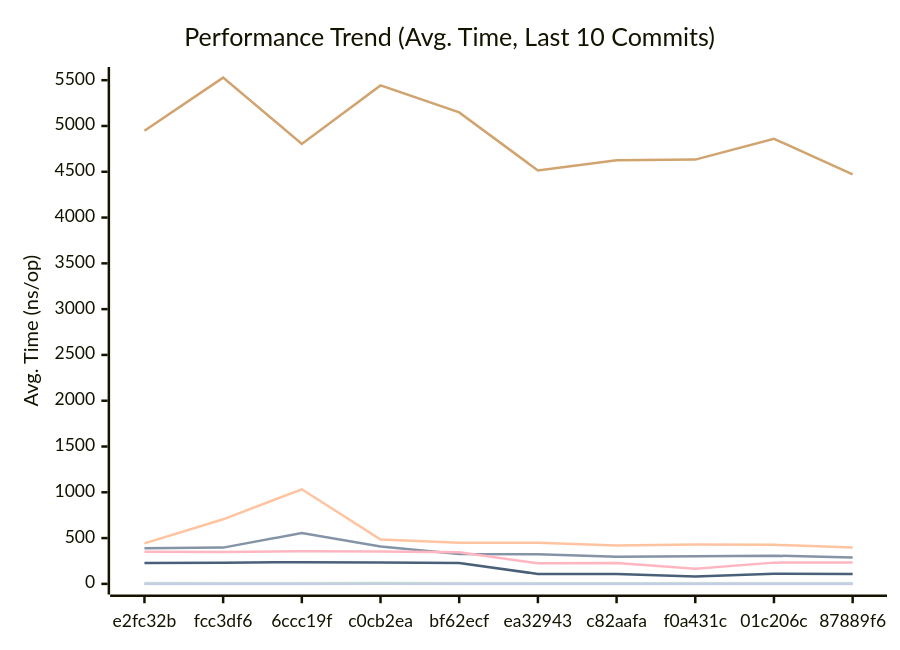
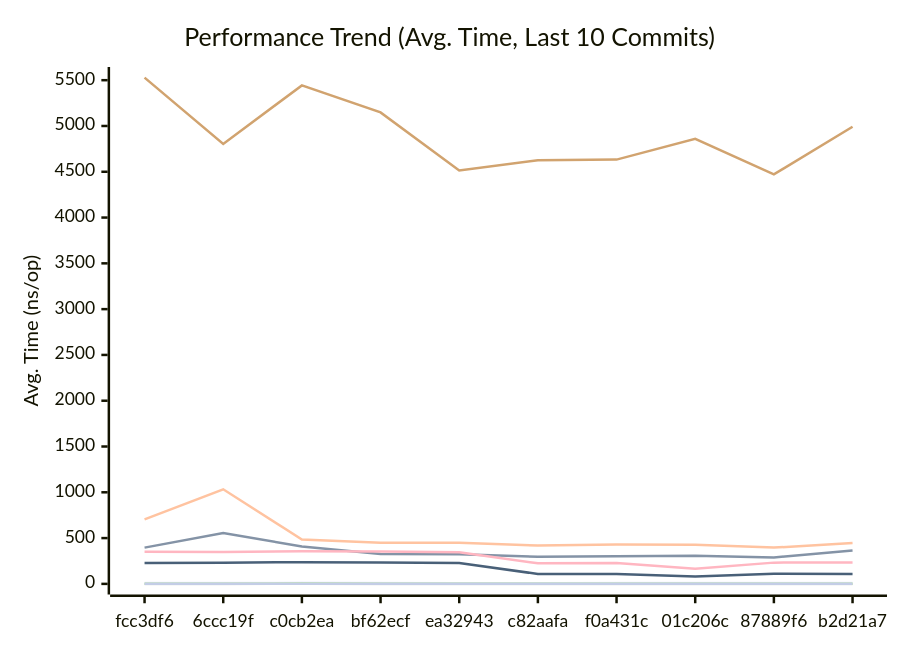
One commit to alsotoes/momo changed the first of 3 diagrams in docs/PERFORMANCE.md. Above: the diagram before and after it, drawn with Mermaid. The commit also changed other lines of this file and 2 other files, not shown here.

````diff
--- a/docs/PERFORMANCE.md
+++ b/docs/PERFORMANCE.md
@@ -80,16 +80,16 @@
 ```mermaid
 xychart-beta
     title "Performance Trend (Avg. Time, Last 10 Commits)"
     x-axis "Commit"
     y-axis "Avg. Time (ns/op)"
-    x-axis [e2fc32b,fcc3df6,6ccc19f,c0cb2ea,bf62ecf,ea32943,c82aafa,f0a431c,01c206c,87889f6]
-    line "CheckMetricsAndSwap" [13,9,9,11,10,8,8,10,9,9]
-    line "CrushOptimized" [389,396,555,408,327,324,295,302,308,289]
-    line "CrushOriginal" [442,705,1033,485,449,449,419,429,427,396]
-    line "IndexDirectTracking" [0,0,0,1,0,0,0,0,0,0]
-    line "IndexSearch" [2,2,2,3,2,2,2,2,2,2]
-    line "LoadGlobalConfig" [4948,5528,4804,5443,5148,4514,4627,4633,4860,4471]
+    x-axis [fcc3df6,6ccc19f,c0cb2ea,bf62ecf,ea32943,c82aafa,f0a431c,01c206c,87889f6,b2d21a7]
+    line "CheckMetricsAndSwap" [9,9,11,10,8,8,10,9,9,9]
+    line "CrushOptimized" [396,555,408,327,324,295,302,308,289,365]
+    line "CrushOriginal" [705,1033,485,449,449,419,429,427,396,445]
+    line "IndexDirectTracking" [0,0,1,0,0,0,0,0,0,0]
+    line "IndexSearch" [2,2,3,2,2,2,2,2,2,2]
+    line "LoadGlobalConfig" [5528,4804,5443,5148,4514,4627,4633,4860,4471,4992]
     line "PadString" [2,2,2,2,2,2,2,2,2,2]
     line "ParseReplicationOrder_NoPrealloc" [350,349,357,354,345,225,229,165,232,234]
     line "ParseReplicationOrder_Prealloc" [229,231,237,234,229,108,107,80,110,109]
 ```
````
